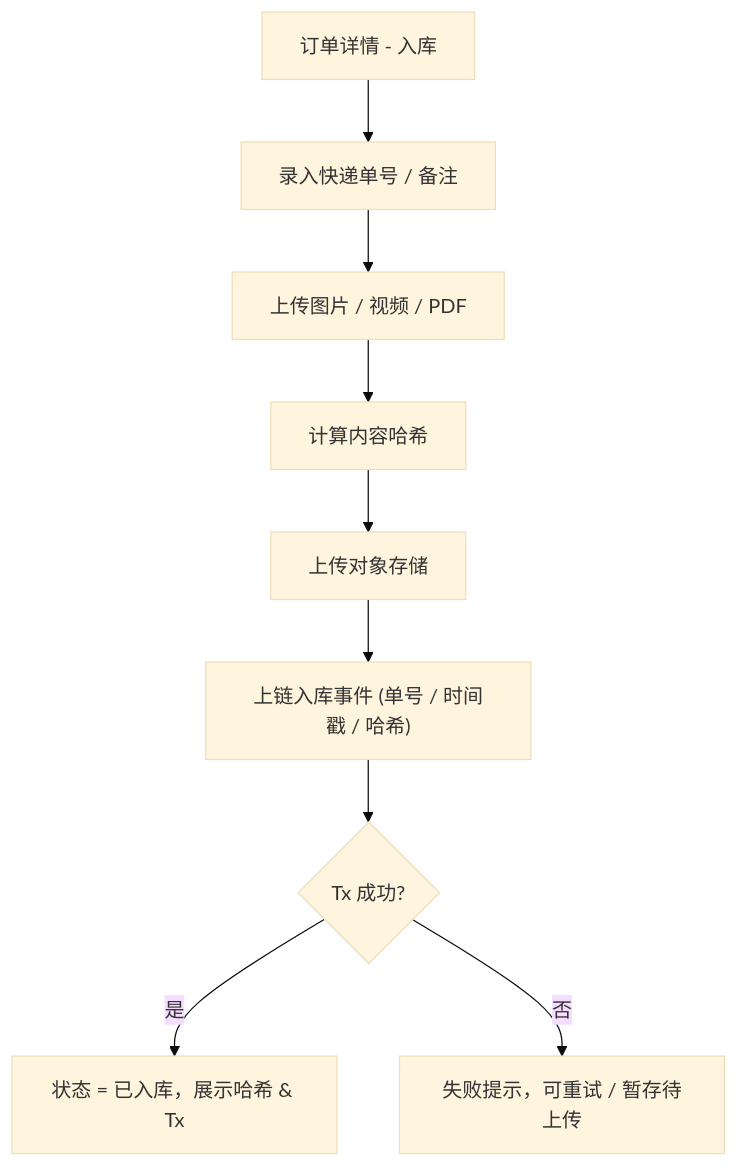
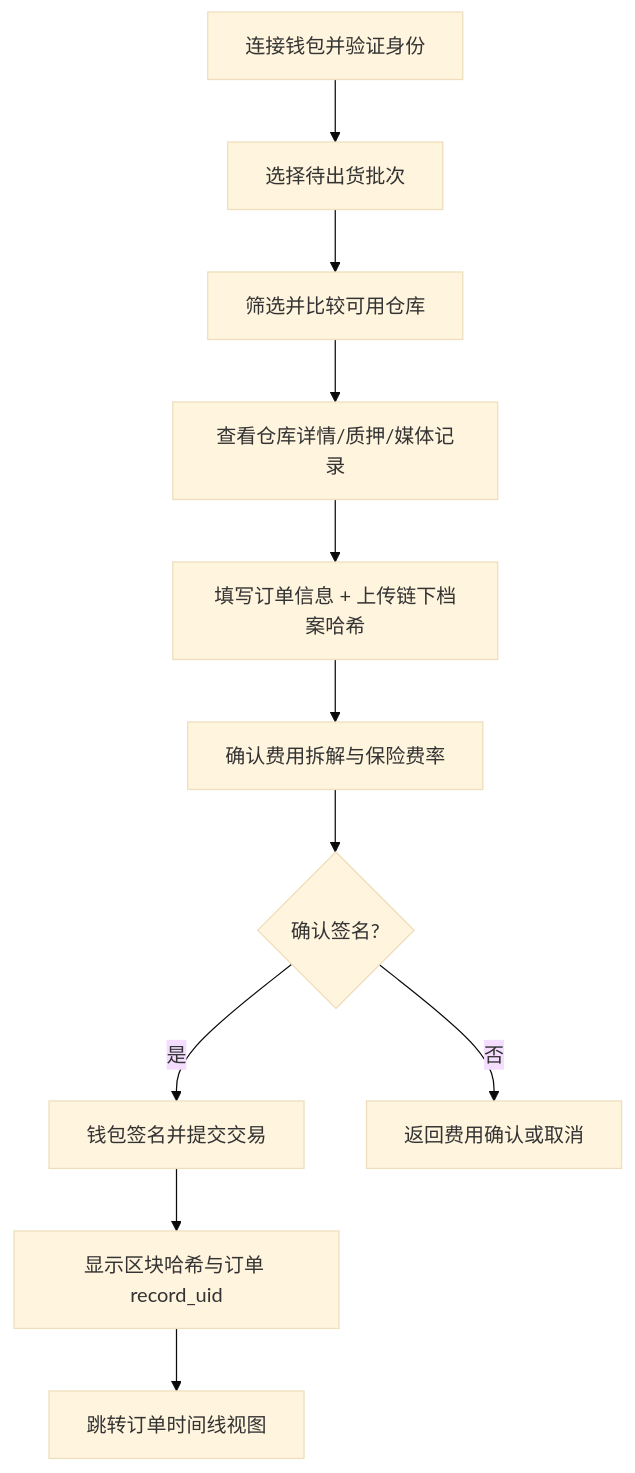
The second of 4 diagrams in docs/front-end-spec.md (cyl19970726/haigo), drawn with Mermaid (base theme) before and after one commit. The commit also changed other lines of this file and 839 other files, not shown here.

````diff
--- a/docs/front-end-spec.md
+++ b/docs/front-end-spec.md
@@ -138,11 +81,13 @@
 ```mermaid
 flowchart TD
-  A["订单详情 - 入库"] --> B["录入快递单号 / 备注"]
-  B --> C["上传图片 / 视频 / PDF"]
-  C --> D["计算内容哈希"]
-  D --> E["上传对象存储"]
-  E --> F["上链入库事件 (单号 / 时间戳 / 哈希)"]
-  F --> G{"Tx 成功?"}
-  G -- 是 --> H["状态 = 已入库，展示哈希 & Tx"]
-  G -- 否 --> I["失败提示，可重试 / 暂存待上传"]
+    A[连接钱包并验证身份] --> B[选择待出货批次]
+    B --> C[筛选并比较可用仓库]
+    C --> D[查看仓库详情/质押/媒体记录]
+    D --> E[填写订单信息 + 上传链下档案哈希]
+    E --> F[确认费用拆解与保险费率]
+    F --> G{确认签名?}
+    G -- 是 --> H[钱包签名并提交交易]
+    H --> I[显示区块哈希与订单 record_uid]
+    I --> J[跳转订单时间线视图]
+    G -- 否 --> K[返回费用确认或取消]
 ```
````
